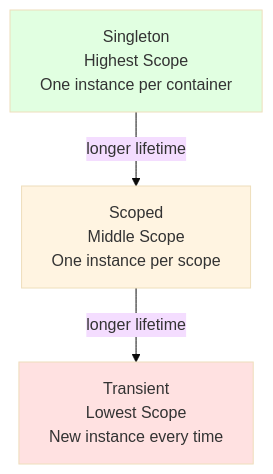
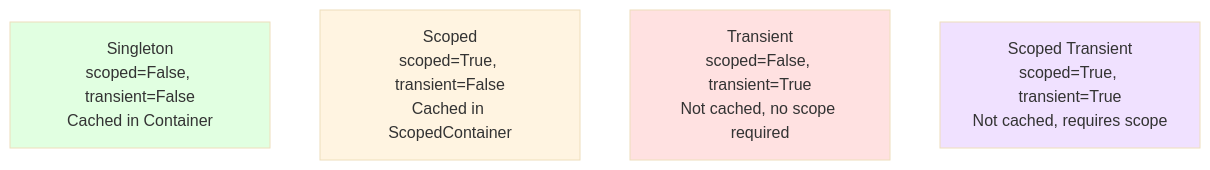
One commit to msqd/hdmi changed the third of 5 diagrams in docs/explanation/architecture.rst. Above: the diagram before and after it, drawn with Mermaid (base theme). The commit also changed other lines of this file and 8 other files, not shown here.

```diff
--- a/docs/explanation/architecture.rst
+++ b/docs/explanation/architecture.rst
@@ -161,13 +163,12 @@
 .. mermaid::
 
    graph TD
-       Singleton[Singleton<br/>Highest Scope<br/>One instance per container]
-       Scoped[Scoped<br/>Middle Scope<br/>One instance per scope]
-       Transient[Transient<br/>Lowest Scope<br/>New instance every time]
-
-       Singleton -->|longer lifetime| Scoped
-       Scoped -->|longer lifetime| Transient
+       Singleton[Singleton<br/>scoped=False, transient=False<br/>Cached in Container]
+       Scoped[Scoped<br/>scoped=True, transient=False<br/>Cached in ScopedContainer]
+       Transient[Transient<br/>scoped=False, transient=True<br/>Not cached, no scope required]
+       ScopedTransient[Scoped Transient<br/>scoped=True, transient=True<br/>Not cached, requires scope]
 
        style Singleton fill:#e1ffe1
        style Scoped fill:#fff4e1
        style Transient fill:#ffe1e1
+       style ScopedTransient fill:#f0e1ff
```
